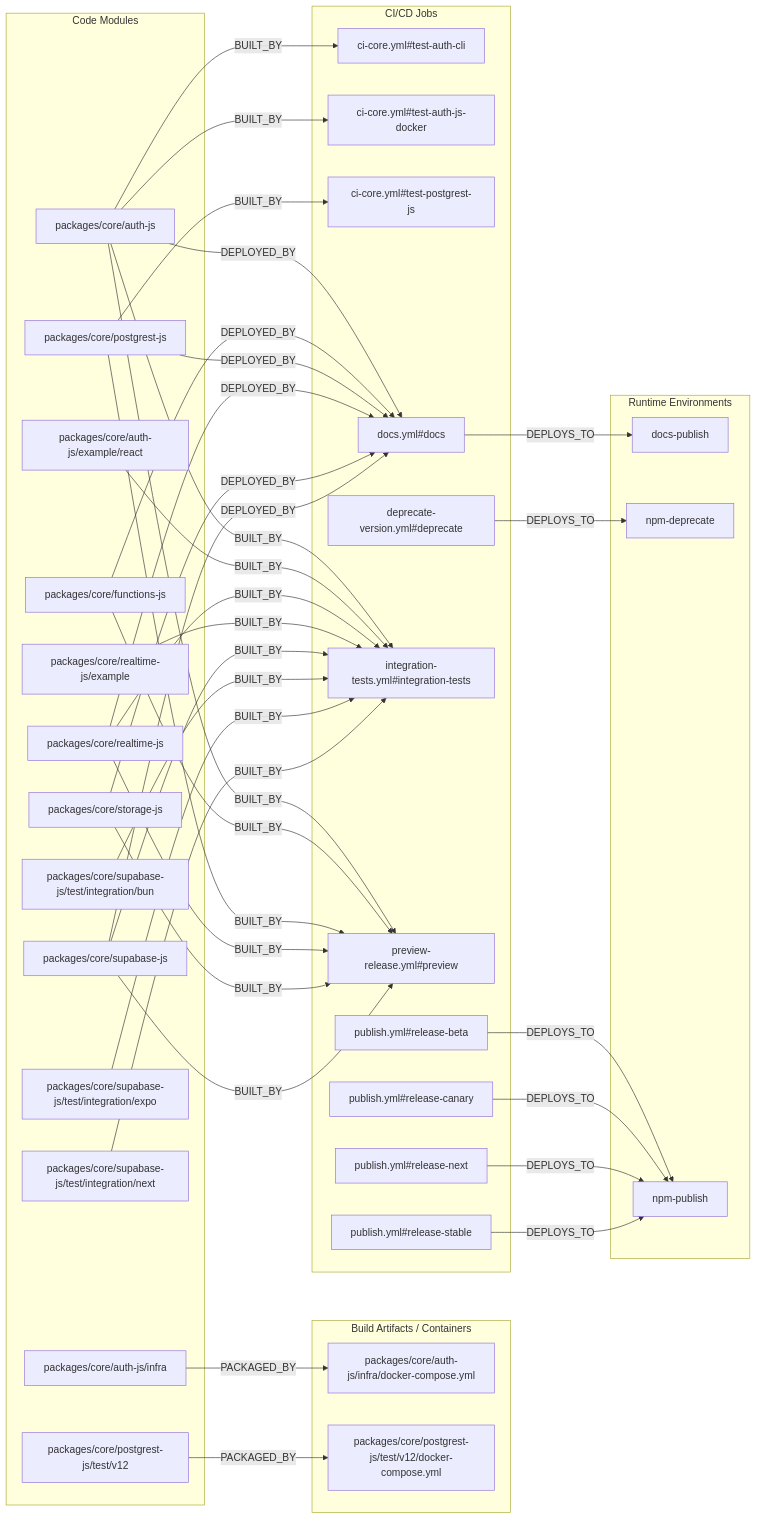
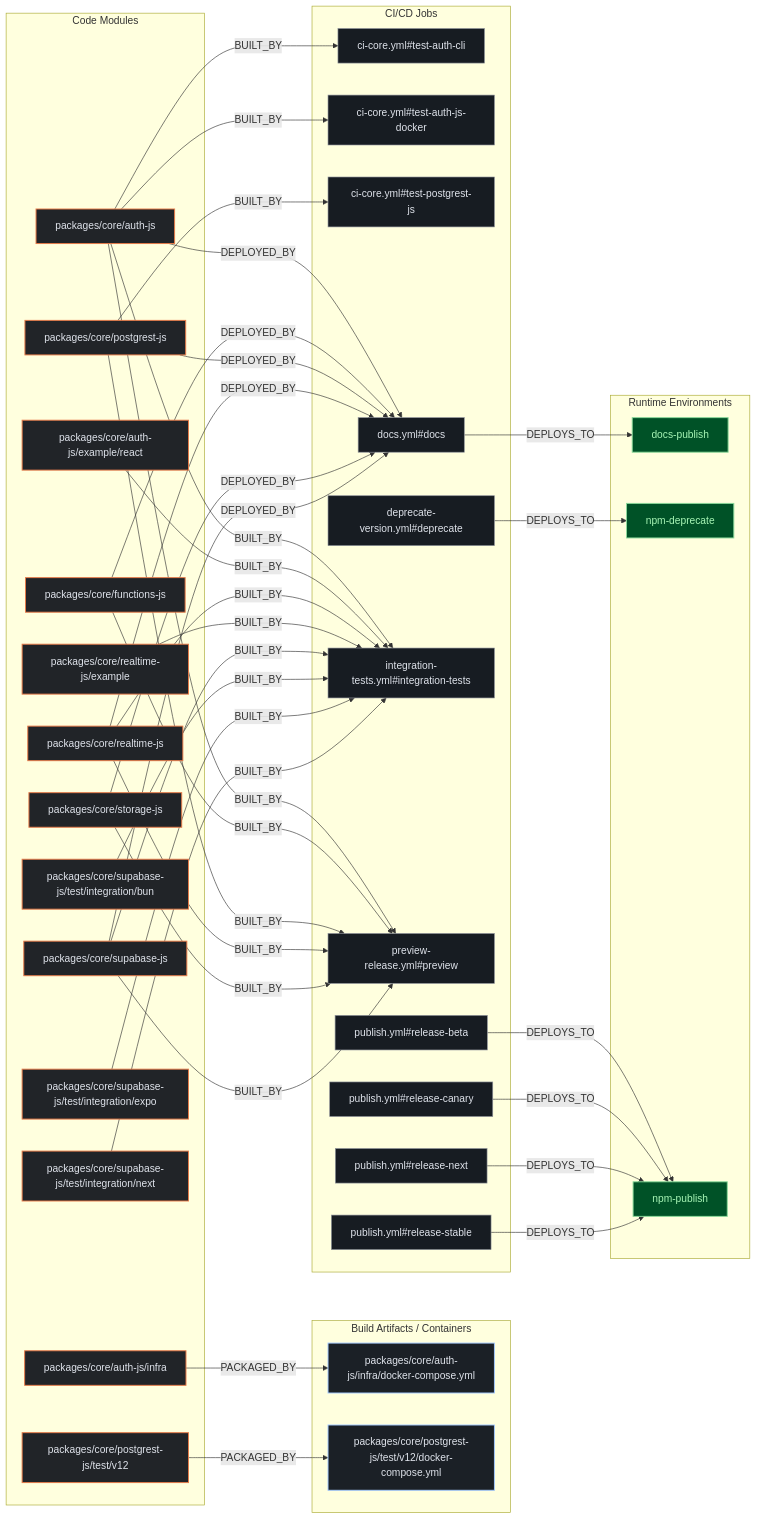
The second of 3 diagrams in exports/latest/reports/supabase-supabase-js-report.md (kumarshaz/atruss-code-atlas), drawn with Mermaid before and after one commit. The commit also changed other lines of this file and 331 other files, not shown here.

Commit message:
docs,ui,fix: update SDLC docs, reorder CI/CD DAG first, stylize Mermaid, and fix Arc42 pipeline topology

````diff
--- a/exports/latest/reports/supabase-supabase-js-report.md
+++ b/exports/latest/reports/supabase-supabase-js-report.md
@@ -188,71 +195,75 @@
 ```mermaid
 flowchart LR
+    classDef atlasCategory fill:#212428,stroke:#E87A48,stroke-width:1.5px,color:#dfe3eb
+    classDef atlasWorkflow fill:#1b2026,stroke:#a3c9ff,stroke-width:1.5px,color:#dfe3eb
+    classDef atlasJob fill:#171c22,stroke:#8d9199,stroke-width:1px,color:#dfe3eb
+    classDef atlasTarget fill:#005227,stroke:#8bd99b,stroke-width:1.5px,color:#a7f6b6
     subgraph code_modules["Code Modules"]
-        mod_packages_core_auth_js["packages/core/auth-js"]
-        mod_packages_core_auth_js_example_react["packages/core/auth-js/example/react"]
-        mod_packages_core_auth_js_infra["packages/core/auth-js/infra"]
-        mod_packages_core_functions_js["packages/core/functions-js"]
-        mod_packages_core_postgrest_js["packages/core/postgrest-js"]
-        mod_packages_core_postgrest_js_test_v12["packages/core/postgrest-js/test/v12"]
-        mod_packages_core_realtime_js["packages/core/realtime-js"]
-        mod_packages_core_realtime_js_example["packages/core/realtime-js/example"]
-        mod_packages_core_storage_js["packages/core/storage-js"]
-        mod_packages_core_supabase_js["packages/core/supabase-js"]
-        mod_packages_core_supabase_js_test_integration_bun["packages/core/supabase-js/test/integration/bun"]
-        mod_packages_core_supabase_js_test_integration_expo["packages/core/supabase-js/test/integration/expo"]
-        mod_packages_core_supabase_js_test_integration_next["packages/core/supabase-js/test/integration/next"]
+        mod_packages_core_auth_js["packages/core/auth-js"]:::atlasCategory
+        mod_packages_core_auth_js_example_react["packages/core/auth-js/example/react"]:::atlasCategory
+        mod_packages_core_auth_js_infra["packages/core/auth-js/infra"]:::atlasCategory
+        mod_packages_core_functions_js["packages/core/functions-js"]:::atlasCategory
+        mod_packages_core_postgrest_js["packages/core/postgrest-js"]:::atlasCategory
+        mod_packages_core_postgrest_js_test_v12["packages/core/postgrest-js/test/v12"]:::atlasCategory
+        mod_packages_core_realtime_js["packages/core/realtime-js"]:::atlasCategory
+        mod_packages_core_realtime_js_example["packages/core/realtime-js/example"]:::atlasCategory
+        mod_packages_core_storage_js["packages/core/storage-js"]:::atlasCategory
+        mod_packages_core_supabase_js["packages/core/supabase-js"]:::atlasCategory
+        mod_packages_core_supabase_js_test_integration_bun["packages/core/supabase-js/test/integration/bun"]:::atlasCategory
+        mod_packages_core_supabase_js_test_integration_expo["packages/core/supabase-js/test/integration/expo"]:::atlasCategory
+        mod_packages_core_supabase_js_test_integration_next["packages/core/supabase-js/test/integration/next"]:::atlasCategory
     end
     subgraph build_artifacts["Build Artifacts / Containers"]
-        art_packages_core_auth_js_infra_docker_compose_yml["packages/core/auth-js/infra/docker-compose.yml"]
-        art_packages_core_postgrest_js_test_v12_docker_compose_yml["packages/core/postgrest-js/test/v12/docker-compose.yml"]
+        art_packages_core_auth_js_infra_docker_compose_yml["packages/core/auth-js/infra/docker-compose.yml"]:::atlasWorkflow
+        art_packages_core_postgrest_js_test_v12_docker_compose_yml["packages/core/postgrest-js/test/v12/docker-compose.yml"]:::atlasWorkflow
     end
     subgraph ci_jobs["CI/CD Jobs"]
-        job_ci_core_yml_test_auth_cli["ci-core.yml#test-auth-cli"]
-        job_ci_core_yml_test_auth_js_docker["ci-core.yml#test-auth-js-docker"]
-        job_ci_core_yml_test_postgrest_js["ci-core.yml#test-postgrest-js"]
-        job_deprecate_version_yml_deprecate["deprecate-version.yml#deprecate"]
-        job_docs_yml_docs["docs.yml#docs"]
-        job_integration_tests_yml_integration_tests["integration-tests.yml#integration-tests"]
-        job_preview_release_yml_preview["preview-release.yml#preview"]
-        job_publish_yml_release_beta["publish.yml#release-beta"]
-        job_publish_yml_release_canary["publish.yml#release-canary"]
-        job_publish_yml_release_next["publish.yml#release-next"]
-        job_publish_yml_release_stable["publish.yml#release-stable"]
+        job_ci_core_yml_test_auth_cli["ci-core.yml#test-auth-cli"]:::atlasJob
+        job_ci_core_yml_test_auth_js_docker["ci-core.yml#test-auth-js-docker"]:::atlasJob
+        job_ci_core_yml_test_postgrest_js["ci-core.yml#test-postgrest-js"]:::atlasJob
+        job_deprecate_version_yml_deprecate["deprecate-version.yml#deprecate"]:::atlasJob
+        job_docs_yml_docs["docs.yml#docs"]:::atlasJob
+        job_integration_tests_yml_integration_tests["integration-tests.yml#integration-tests"]:::atlasJob
+        job_preview_release_yml_preview["preview-release.yml#preview"]:::atlasJob
+        job_publish_yml_release_beta["publish.yml#release-beta"]:::atlasJob
+        job_publish_yml_release_canary["publish.yml#release-canary"]:::atlasJob
+        job_publish_yml_release_next["publish.yml#release-next"]:::atlasJob
+        job_publish_yml_release_stable["publish.yml#release-stable"]:::atlasJob
     end
     subgraph runtime_envs["Runtime Environments"]
-        env_docs_publish["docs-publish"]
-        env_npm_deprecate["npm-deprecate"]
-        env_npm_publish["npm-publish"]
+        env_docs_publish["docs-publish"]:::atlasTarget
+        env_npm_deprecate["npm-deprecate"]:::atlasTarget
+        env_npm_publish["npm-publish"]:::atlasTarget
     end
     job_deprecate_version_yml_deprecate -->|DEPLOYS_TO| env_npm_deprecate
     job_docs_yml_docs -->|DEPLOYS_TO| env_docs_publish
     job_publish_yml_release_beta -->|DEPLOYS_TO| env_npm_publish
     job_publish_yml_release_canary -->|DEPLOYS_TO| env_npm_publish
     job_publish_yml_release_next -->|DEPLOYS_TO| env_npm_publish
     job_publish_yml_release_stable -->|DEPLOYS_TO| env_npm_publish
     mod_packages_core_auth_js -->|BUILT_BY| job_ci_core_yml_test_auth_cli
     mod_packages_core_auth_js -->|BUILT_BY| job_ci_core_yml_test_auth_js_docker
     mod_packages_core_auth_js -->|BUILT_BY| job_integration_tests_yml_integration_tests
     mod_packages_core_auth_js -->|BUILT_BY| job_preview_release_yml_preview
     mod_packages_core_auth_js -->|DEPLOYED_BY| job_docs_yml_docs
     mod_packages_core_auth_js_example_react -->|BUILT_BY| job_integration_tests_yml_integration_tests
     mod_packages_core_auth_js_infra -->|PACKAGED_BY| art_packages_core_auth_js_infra_docker_compose_yml
     mod_packages_core_functions_js -->|BUILT_BY| job_preview_release_yml_preview
     mod_packages_core_functions_js -->|DEPLOYED_BY| job_docs_yml_docs
     mod_packages_core_postgrest_js -->|BUILT_BY| job_ci_core_yml_test_postgrest_js
     mod_packages_core_postgrest_js -->|BUILT_BY| job_preview_release_yml_preview
     mod_packages_core_postgrest_js -->|DEPLOYED_BY| job_docs_yml_docs
     mod_packages_core_postgrest_js_test_v12 -->|PACKAGED_BY| art_packages_core_postgrest_js_test_v12_docker_compose_yml
     mod_packages_core_realtime_js -->|BUILT_BY| job_integration_tests_yml_integration_tests
     mod_packages_core_realtime_js -->|BUILT_BY| job_preview_release_yml_preview
     mod_packages_core_realtime_js -->|DEPLOYED_BY| job_docs_yml_docs
     mod_packages_core_realtime_js_example -->|BUILT_BY| job_integration_tests_yml_integration_tests
     mod_packages_core_storage_js -->|BUILT_BY| job_preview_release_yml_preview
     mod_packages_core_storage_js -->|DEPLOYED_BY| job_docs_yml_docs
     mod_packages_core_supabase_js -->|BUILT_BY| job_integration_tests_yml_integration_tests
     mod_packages_core_supabase_js -->|BUILT_BY| job_preview_release_yml_preview
     mod_packages_core_supabase_js -->|DEPLOYED_BY| job_docs_yml_docs
     mod_packages_core_supabase_js_test_integration_bun -->|BUILT_BY| job_integration_tests_yml_integration_tests
     mod_packages_core_supabase_js_test_integration_expo -->|BUILT_BY| job_integration_tests_yml_integration_tests
     mod_packages_core_supabase_js_test_integration_next -->|BUILT_BY| job_integration_tests_yml_integration_tests
 ```
````
